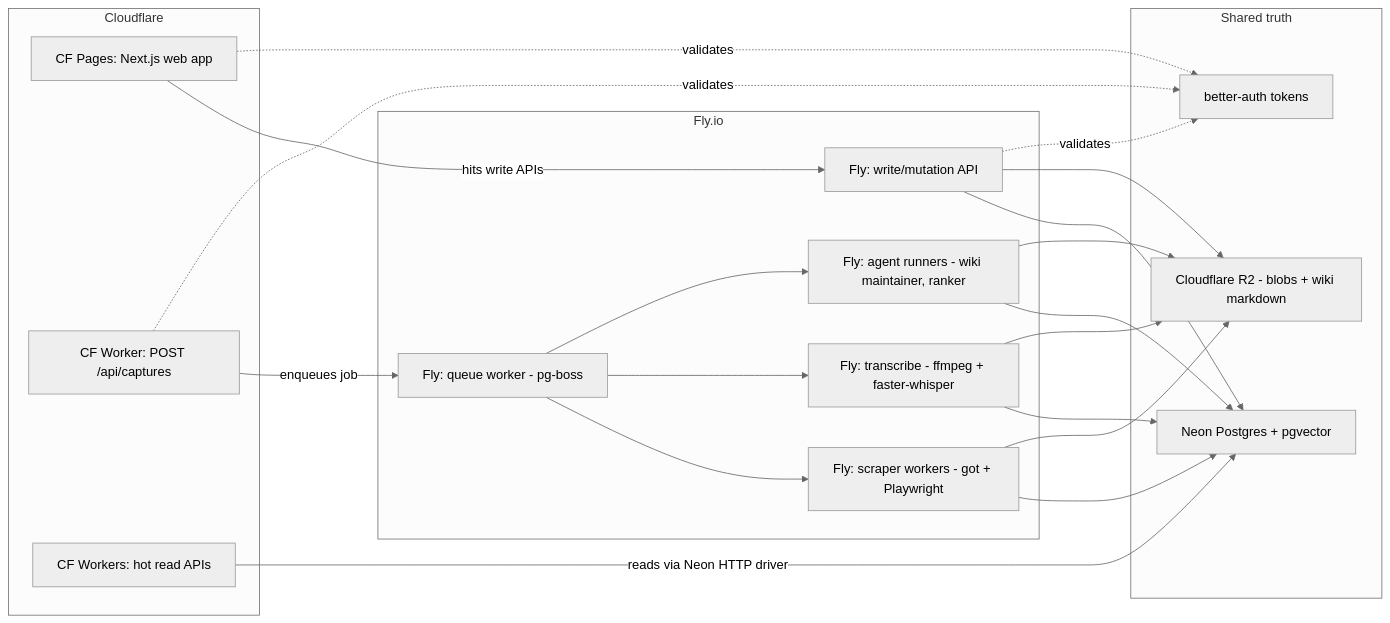
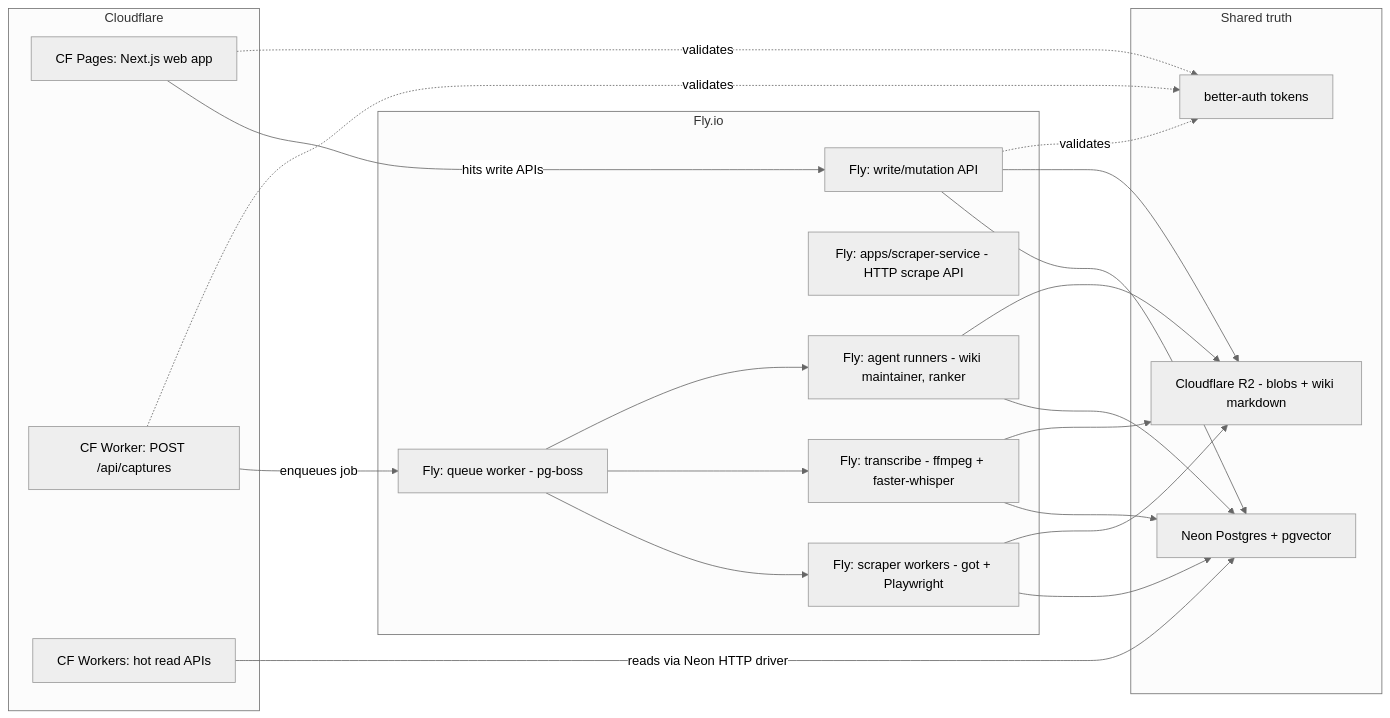
Before and after one commit to sramam/clearbolt: the diagram in docs/architecture/deployment.md, drawn with Mermaid (neutral theme). The commit also changed other lines of this file and 18 other files, not shown here.

````diff
--- a/docs/architecture/deployment.md
+++ b/docs/architecture/deployment.md
@@ -9,40 +9,41 @@
 ```mermaid
 flowchart LR
     subgraph cf [Cloudflare]
         Pages[CF Pages: Next.js web app]
         WorkerCapture[CF Worker: POST /api/captures]
         WorkerReads[CF Workers: hot read APIs]
     end
 
     subgraph fly [Fly.io]
         WebApi[Fly: write/mutation API]
+        ScraperSvc[Fly: apps/scraper-service - HTTP scrape API]
         Scraper[Fly: scraper workers - got + Playwright]
         Transcribe[Fly: transcribe - ffmpeg + faster-whisper]
         AgentRunner[Fly: agent runners - wiki maintainer, ranker]
         QueueWorker[Fly: queue worker - pg-boss]
     end
 
     subgraph shared [Shared truth]
         Neon[Neon Postgres + pgvector]
         R2[Cloudflare R2 - blobs + wiki markdown]
         Auth[better-auth tokens]
     end
 
     Pages -->|"hits write APIs"| WebApi
     WorkerCapture -->|"enqueues job"| QueueWorker
     WorkerReads -->|"reads via Neon HTTP driver"| Neon
     QueueWorker --> Scraper
     QueueWorker --> Transcribe
     QueueWorker --> AgentRunner
     Scraper --> Neon
     Scraper --> R2
     Transcribe --> Neon
     Transcribe --> R2
     AgentRunner --> Neon
     AgentRunner --> R2
     WebApi --> Neon
     WebApi --> R2
     Pages -.->|"validates"| Auth
     WebApi -.->|"validates"| Auth
     WorkerCapture -.->|"validates"| Auth
 ```
````
